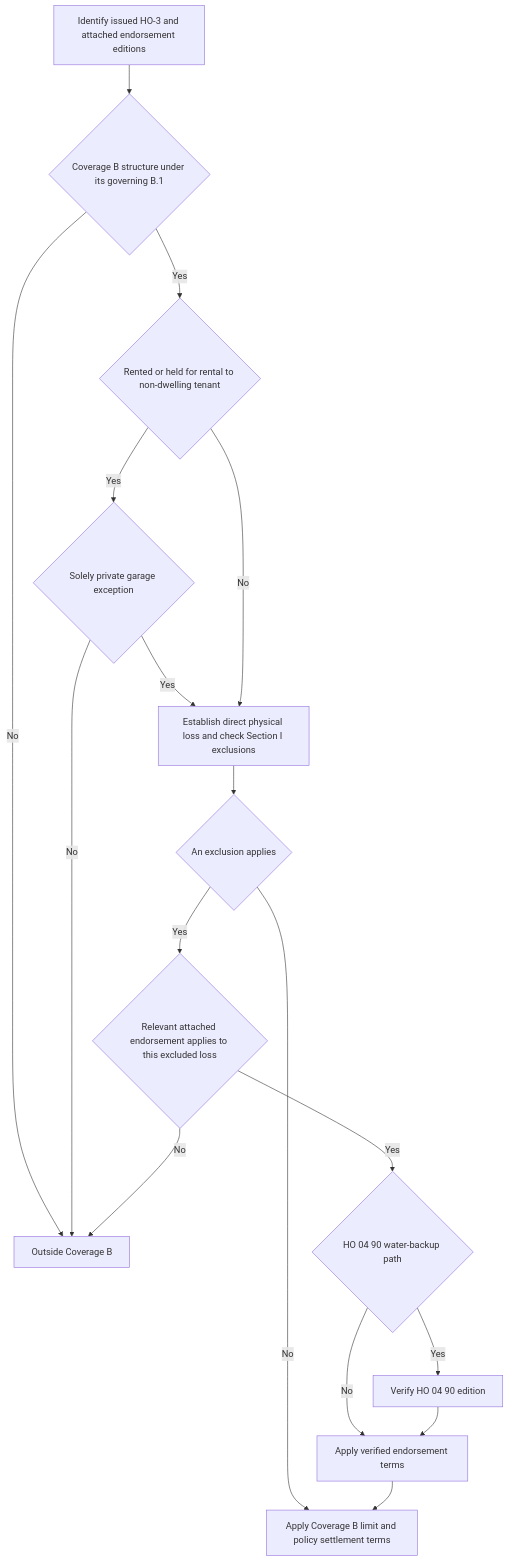
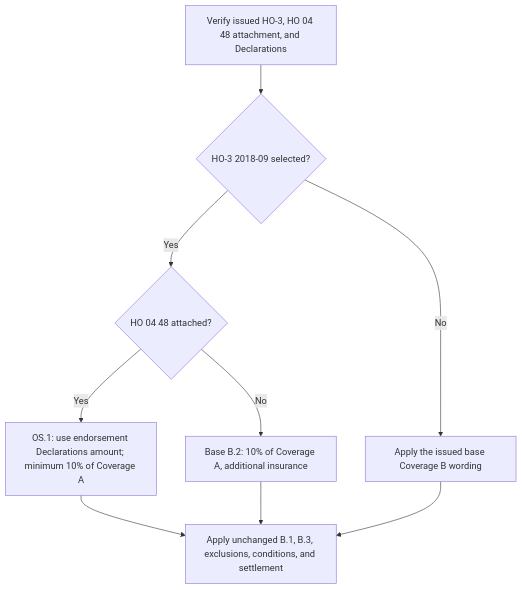
Before and after one commit to eugeneliu-86/openwiki-insurance-corpus: the diagram in openwiki/coverage/coverage-b/other-structures.md, drawn with Mermaid. The commit also changed other lines of this file and 12 other files, not shown here.

````diff
--- a/openwiki/coverage/coverage-b/other-structures.md
+++ b/openwiki/coverage/coverage-b/other-structures.md
@@ -100,19 +55,11 @@
 ```mermaid
 flowchart TD
-    Start["Identify issued HO-3 and attached endorsement editions"] --> Structure{"Coverage B structure under its governing B.1"}
-    Structure -- No --> Outside["Outside Coverage B"]
-    Structure -- Yes --> Rental{"Rented or held for rental to non-dwelling tenant"}
-    Rental -- Yes --> Garage{"Solely private garage exception"}
-    Garage -- No --> Outside
-    Garage -- Yes --> Loss
-    Rental -- No --> Loss["Establish direct physical loss and check Section I exclusions"]
-    Loss --> Excluded{"An exclusion applies"}
-    Excluded -- No --> Limit["Apply Coverage B limit and policy settlement terms"]
-    Excluded -- Yes --> Endorsement{"Relevant attached endorsement applies to this excluded loss"}
-    Endorsement -- No --> Outside
-    Endorsement -- Yes --> Water{"HO 04 90 water-backup path"}
-    Water -- "No" --> Terms["Apply verified endorsement terms"]
-    Water -- "Yes" --> WaterEdition["Verify HO 04 90 edition"]
-    WaterEdition --> Terms
-    Terms --> Limit
+    Record["Verify issued HO-3, HO 04 48 attachment, and Declarations"] --> Edition{"HO-3 2018-09 selected?"}
+    Edition -- "No" --> Base["Apply the issued base Coverage B wording"]
+    Edition -- "Yes" --> Attached{"HO 04 48 attached?"}
+    Attached -- "No" --> Ten["Base B.2: 10% of Coverage A, additional insurance"]
+    Attached -- "Yes" --> Decl["OS.1: use endorsement Declarations amount; minimum 10% of Coverage A"]
+    Decl --> Scope["Apply unchanged B.1, B.3, exclusions, conditions, and settlement"]
+    Ten --> Scope
+    Base --> Scope
 ```
````
